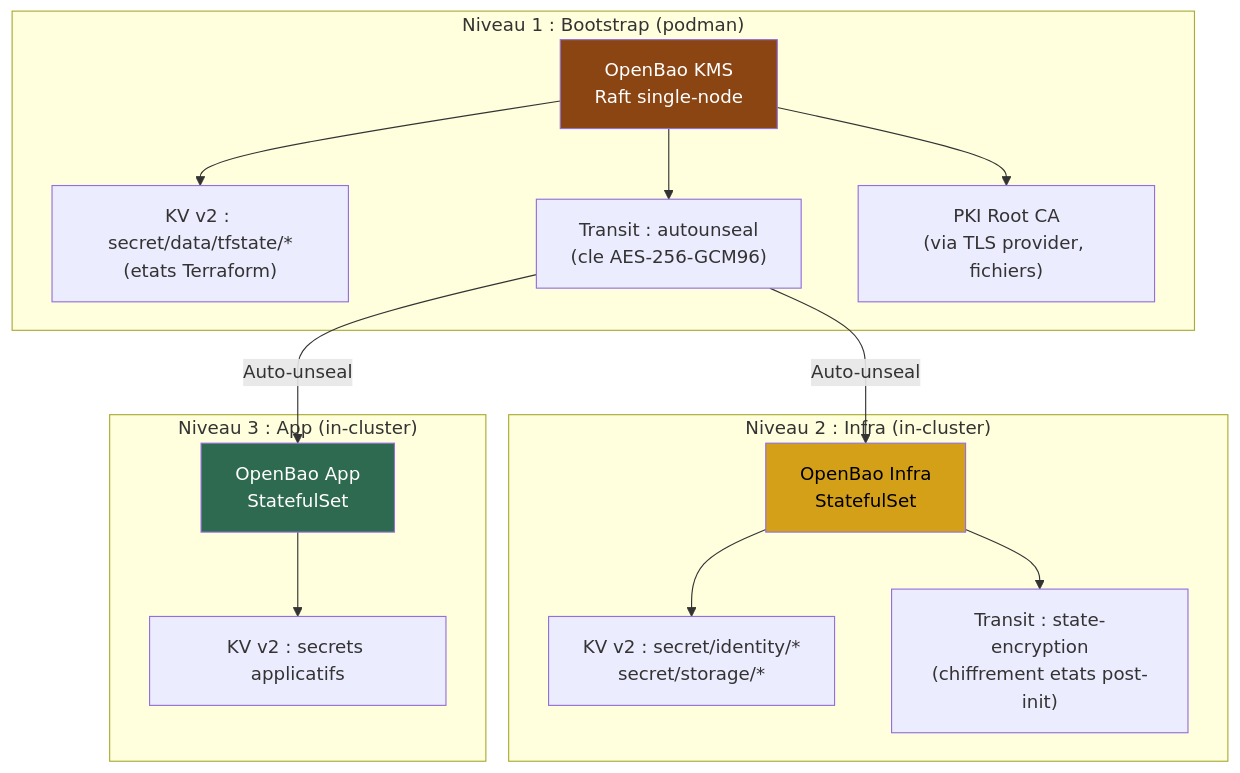
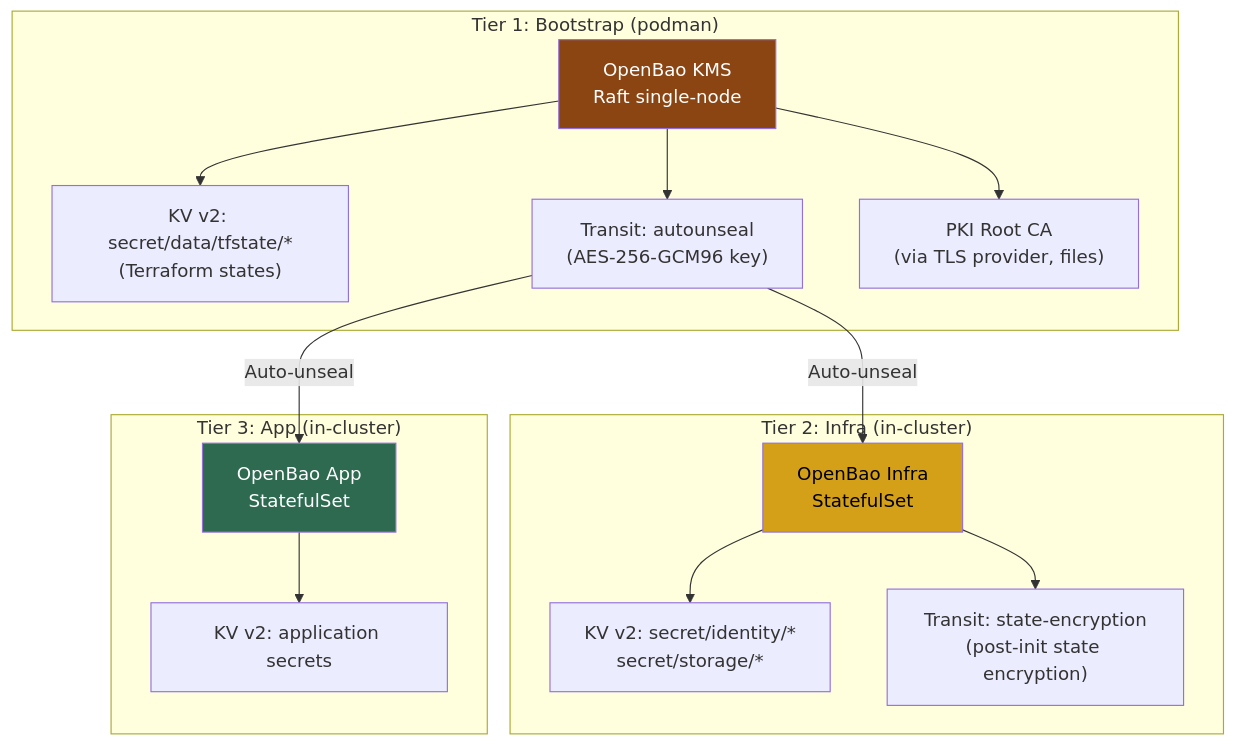
Before and after one commit to Destynova2/st4ck: the third of 7 diagrams in docs/hld-talos-platform.md, drawn with Mermaid. The commit also changed other lines of this file, not shown here.

````diff
--- a/docs/hld-talos-platform.md
+++ b/docs/hld-talos-platform.md
@@ -189,33 +188,33 @@
 ```mermaid
 graph TB
-    subgraph "Niveau 1 : Bootstrap (podman)"
+    subgraph "Tier 1: Bootstrap (podman)"
         BKMS["OpenBao KMS<br/>Raft single-node"]
-        BKMS_KV["KV v2 : secret/data/tfstate/*<br/>(etats Terraform)"]
-        BKMS_TRANSIT["Transit : autounseal<br/>(cle AES-256-GCM96)"]
-        BKMS_PKI["PKI Root CA<br/>(via TLS provider, fichiers)"]
+        BKMS_KV["KV v2: secret/data/tfstate/*<br/>(Terraform states)"]
+        BKMS_TRANSIT["Transit: autounseal<br/>(AES-256-GCM96 key)"]
+        BKMS_PKI["PKI Root CA<br/>(via TLS provider, files)"]
         BKMS --> BKMS_KV
         BKMS --> BKMS_TRANSIT
         BKMS --> BKMS_PKI
     end
 
-    subgraph "Niveau 2 : Infra (in-cluster)"
+    subgraph "Tier 2: Infra (in-cluster)"
         INFRA["OpenBao Infra<br/>StatefulSet"]
-        INFRA_KV["KV v2 : secret/identity/*<br/>secret/storage/*"]
-        INFRA_TRANSIT["Transit : state-encryption<br/>(chiffrement etats post-init)"]
+        INFRA_KV["KV v2: secret/identity/*<br/>secret/storage/*"]
+        INFRA_TRANSIT["Transit: state-encryption<br/>(post-init state encryption)"]
         INFRA --> INFRA_KV
         INFRA --> INFRA_TRANSIT
     end
 
-    subgraph "Niveau 3 : App (in-cluster)"
+    subgraph "Tier 3: App (in-cluster)"
         APP["OpenBao App<br/>StatefulSet"]
-        APP_KV["KV v2 : secrets applicatifs"]
+        APP_KV["KV v2: application secrets"]
         APP --> APP_KV
     end
 
     BKMS_TRANSIT -->|"Auto-unseal"| INFRA
     BKMS_TRANSIT -->|"Auto-unseal"| APP
 
     style BKMS fill:#8B4513,color:#fff
     style INFRA fill:#d4a017,color:#000
     style APP fill:#2d6a4f,color:#fff
 ```
````
